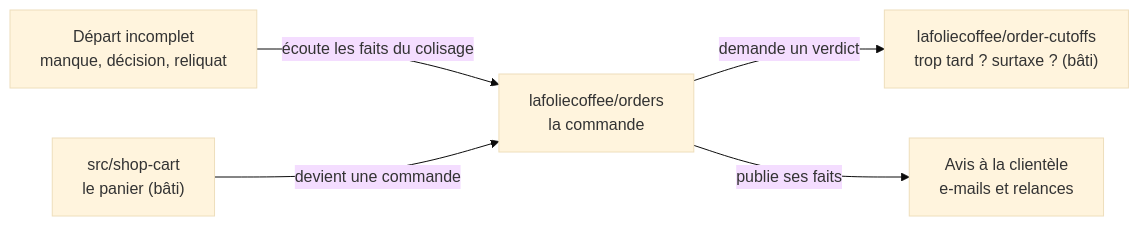
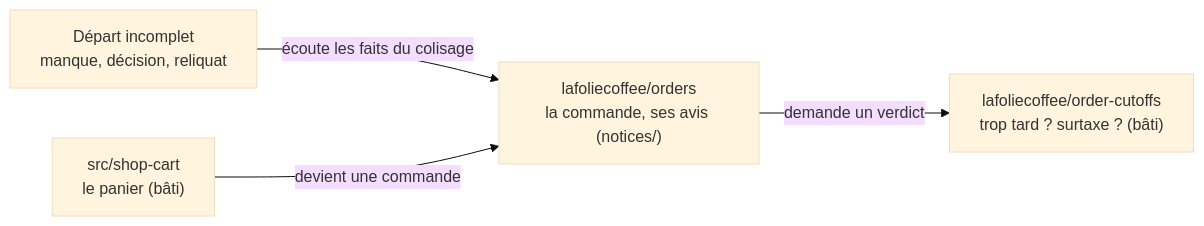
The diagram in documentation/commandes/domaines-a-decouper.md (hugoheynard/lfd), drawn with Mermaid (base theme) before and after one commit. The commit also changed other lines of this file and 33 other files, not shown here.

First line of the commit message:
refactor(commandes): les avis à la clientèle rangés dans orders/notices

````diff
--- a/documentation/commandes/domaines-a-decouper.md
+++ b/documentation/commandes/domaines-a-decouper.md
@@ -27,12 +28,10 @@
 ```mermaid
 flowchart LR
-  O["lafoliecoffee/orders<br/>la commande"]
+  O["lafoliecoffee/orders<br/>la commande, ses avis (notices/)"]
   D["lafoliecoffee/order-cutoffs<br/>trop tard ? surtaxe ? (bâti)"]
   S["Départ incomplet<br/>manque, décision, reliquat"]
-  M["Avis à la clientèle<br/>e-mails et relances"]
   P["src/shop-cart<br/>le panier (bâti)"]
   O -- "demande un verdict" --> D
   S -- "écoute les faits du colisage" --> O
-  O -- "publie ses faits" --> M
   P -- "devient une commande" --> O
 ```
````
